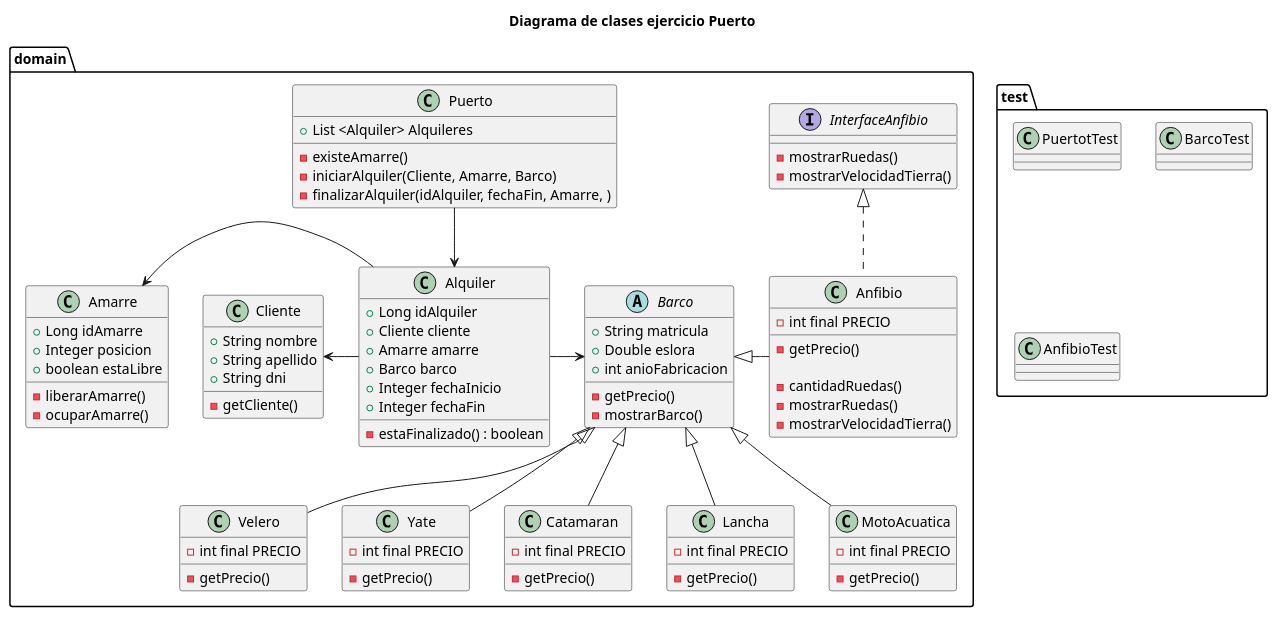
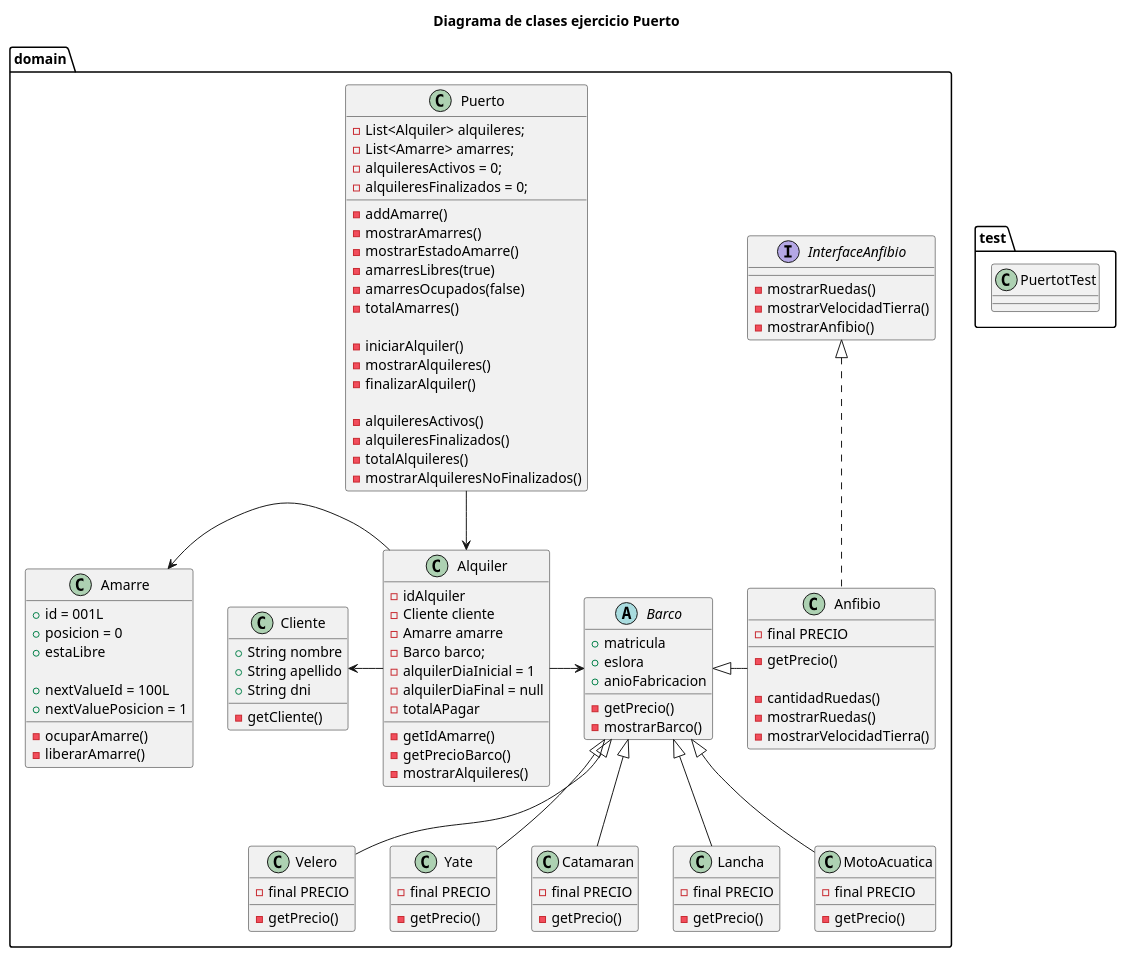
The diagram in src/doc/diagrama-clases.puml (gioruanova/dvpoo20232cpuertoruanovajorge), drawn with PlantUML before and after one commit. The commit also changed 26 other files, not shown here.

```diff
--- a/src/doc/diagrama-clases.puml
+++ b/src/doc/diagrama-clases.puml
@@ -1,121 +1,142 @@
 @startuml
 
 title Diagrama de clases ejercicio Puerto
 
 
 package domain{
 
 	class Puerto {
-	+List <Alquiler> Alquileres
+	-List<Alquiler> alquileres;
+	-List<Amarre> amarres;
+	-alquileresActivos = 0;
+	-alquileresFinalizados = 0;
 	
-	-existeAmarre()
-	-iniciarAlquiler(Cliente, Amarre, Barco)
-	-finalizarAlquiler(idAlquiler, fechaFin, Amarre, )
+	-addAmarre()
+	-mostrarAmarres()
+	-mostrarEstadoAmarre()
+		-amarresLibres(true)
+		-amarresOcupados(false)
+	-totalAmarres()
+	
+	-iniciarAlquiler()
+	-mostrarAlquileres()
+	-finalizarAlquiler()
+	
+	-alquileresActivos()
+	-alquileresFinalizados()
+	-totalAlquileres()
+	-mostrarAlquileresNoFinalizados()
 	}
 
 	class Alquiler {
-	+Long idAlquiler
-	+Cliente cliente
-	+Amarre amarre
-	+Barco barco
-	+Integer fechaInicio
-	+Integer fechaFin
+	-idAlquiler
+	-Cliente cliente
+	-Amarre amarre
+	-Barco barco;
+	-alquilerDiaInicial = 1
+	-alquilerDiaFinal = null
+	-totalAPagar
 	
-	-estaFinalizado() : boolean
+	-getIdAmarre()
+	-getPrecioBarco()
+	-mostrarAlquileres()
+	
+	
 	}
 
 	class Amarre {
-	+Long idAmarre
-	+Integer posicion
-	+boolean estaLibre
+	+id = 001L
+	+posicion = 0
+	+estaLibre
 	
+	+nextValueId = 100L
+	+nextValuePosicion = 1
+	
+	-ocuparAmarre()
 	-liberarAmarre()
-	-ocuparAmarre()
 	}
 
 	class Cliente {
 	+String nombre
 	+String apellido
 	+String dni
 	
 	-getCliente()
 	}
 
 	abstract class Barco {
-	+String matricula
-	+Double eslora
-	+int anioFabricacion
+	+matricula
+	+eslora
+	+anioFabricacion
 	
 	-getPrecio()
 	-mostrarBarco()
 	}
 	
-
 	
 	class Velero{
-	-int final PRECIO
+	-final PRECIO
 	-getPrecio()
 	}
 	
-		class Yate{
-	-int final PRECIO
+	class Yate{
+	-final PRECIO
 	-getPrecio()
 	}
 	
-		class Catamaran{
-	-int final PRECIO
+	class Catamaran{
+	-final PRECIO
 	-getPrecio()
 	}
 	
-		class Lancha{
-	-int final PRECIO
+	class Lancha{
+	-final PRECIO
 	-getPrecio()
 	}
 	
-		class MotoAcuatica{
-	-int final PRECIO
+	class MotoAcuatica{
+	-final PRECIO
 	-getPrecio()
 	}
 	
-		class Anfibio{
-	-int final PRECIO
+	class Anfibio{
+	-final PRECIO
 	-getPrecio()
 	
 	-cantidadRuedas()
 	-mostrarRuedas()
 	-mostrarVelocidadTierra()
 	}
 	
-		interface  InterfaceAnfibio{
+	interface InterfaceAnfibio{
 	-mostrarRuedas()
 	-mostrarVelocidadTierra()
+	-mostrarAnfibio()
 
 	}
 	
 }
 
 	package test{
 	class PuertotTest
-	class BarcoTest
-	class AnfibioTest
 	}
 	
 	
 	
 Puerto --> Alquiler
 Alquiler -left-> Amarre
 Alquiler -left-> Cliente
 Alquiler -right-> Barco
 
 Barco <|-- Velero
 Barco <|-- Yate
 Barco <|-- Catamaran
 Barco <|-- Lancha
 Barco <|-right- Anfibio
 Barco <|-- MotoAcuatica
 
 InterfaceAnfibio <|.. Anfibio
 
 
 
 @enduml
```
